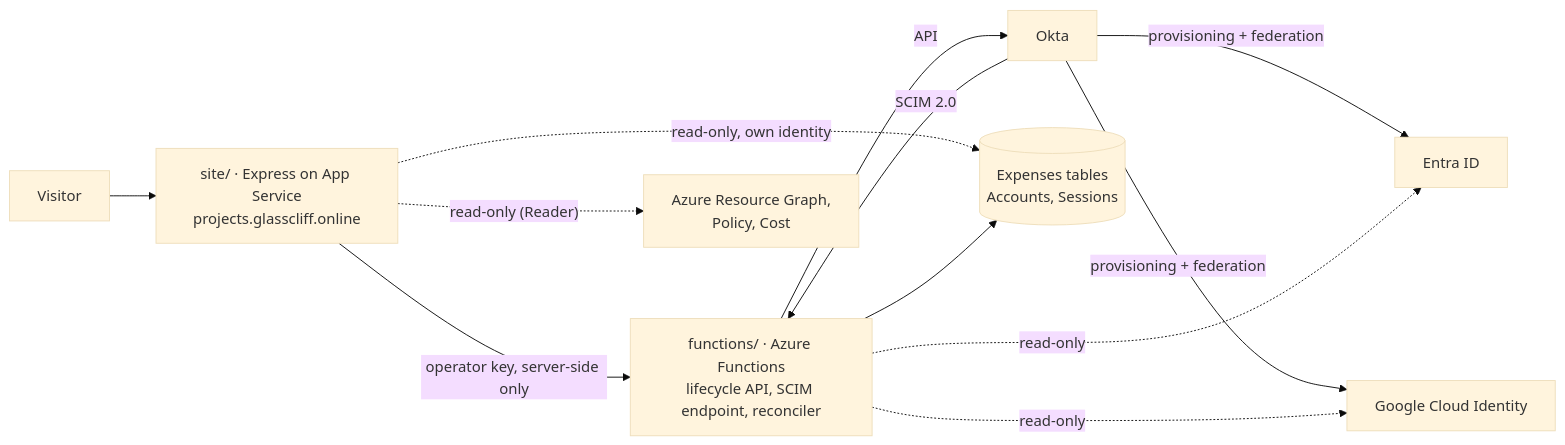
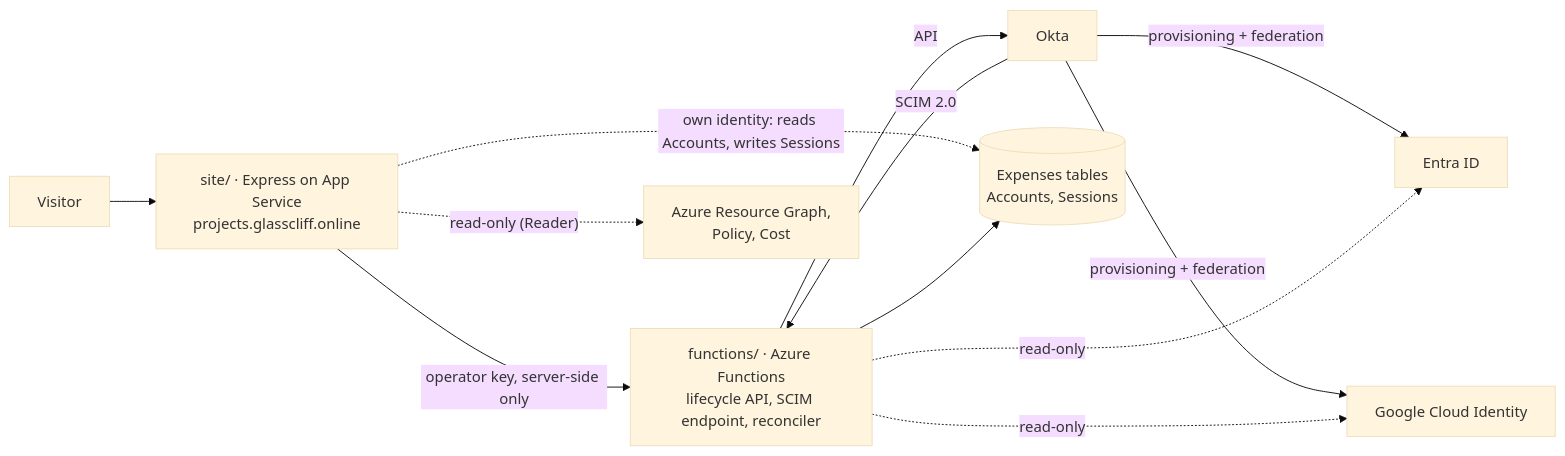
One commit to Spiiike/iamdash changed the diagram in README.md. Above: the diagram before and after it, drawn with Mermaid (base theme). The commit also changed other lines of this file and 10 other files, not shown here.

````diff
--- a/README.md
+++ b/README.md
@@ -16,14 +16,14 @@
 ```mermaid
 flowchart LR
     V[Visitor] --> S["site/ · Express on App Service<br/>projects.glasscliff.online"]
     S -->|operator key, server-side only| F["functions/ · Azure Functions<br/>lifecycle API, SCIM endpoint, reconciler"]
     F -->|API| O[Okta]
     O -->|SCIM 2.0| F
     O -->|provisioning + federation| E[Entra ID]
     O -->|provisioning + federation| G[Google Cloud Identity]
     F -.->|read-only| E
     F -.->|read-only| G
-    S -.->|"read-only, own identity"| T[("Expenses tables<br/>Accounts, Sessions")]
+    S -.->|"own identity: reads Accounts, writes Sessions"| T[("Expenses tables<br/>Accounts, Sessions")]
     F --> T
     S -.->|"read-only (Reader)"| A[Azure Resource Graph,<br/>Policy, Cost]
 ```
````
